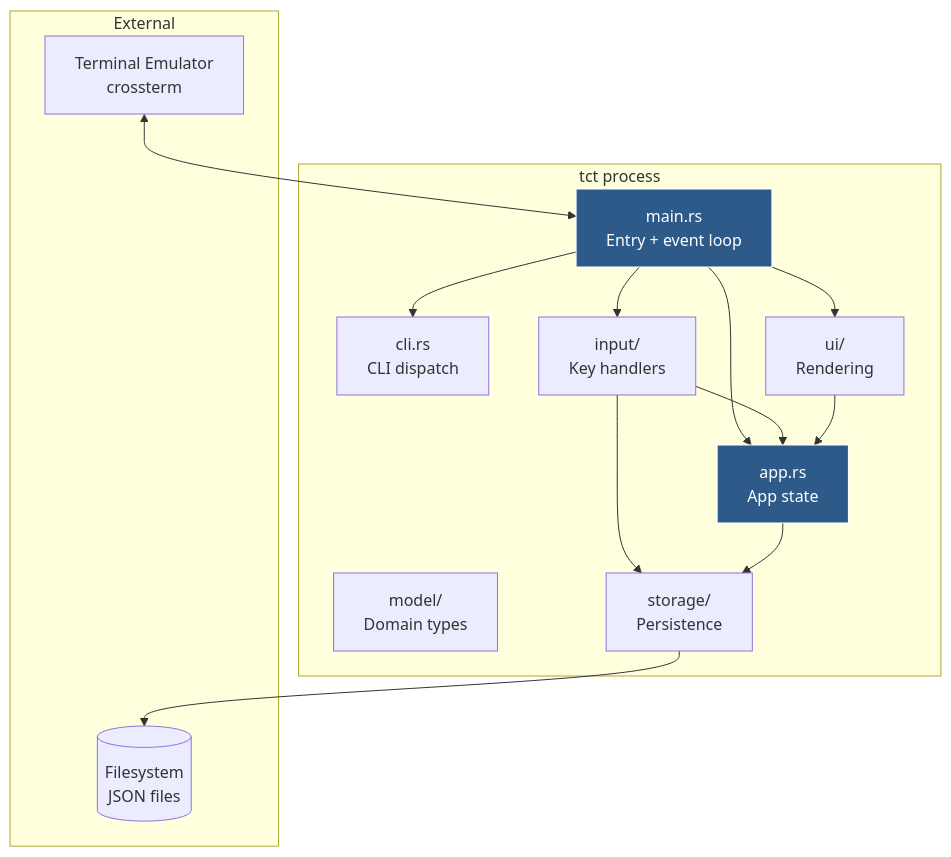
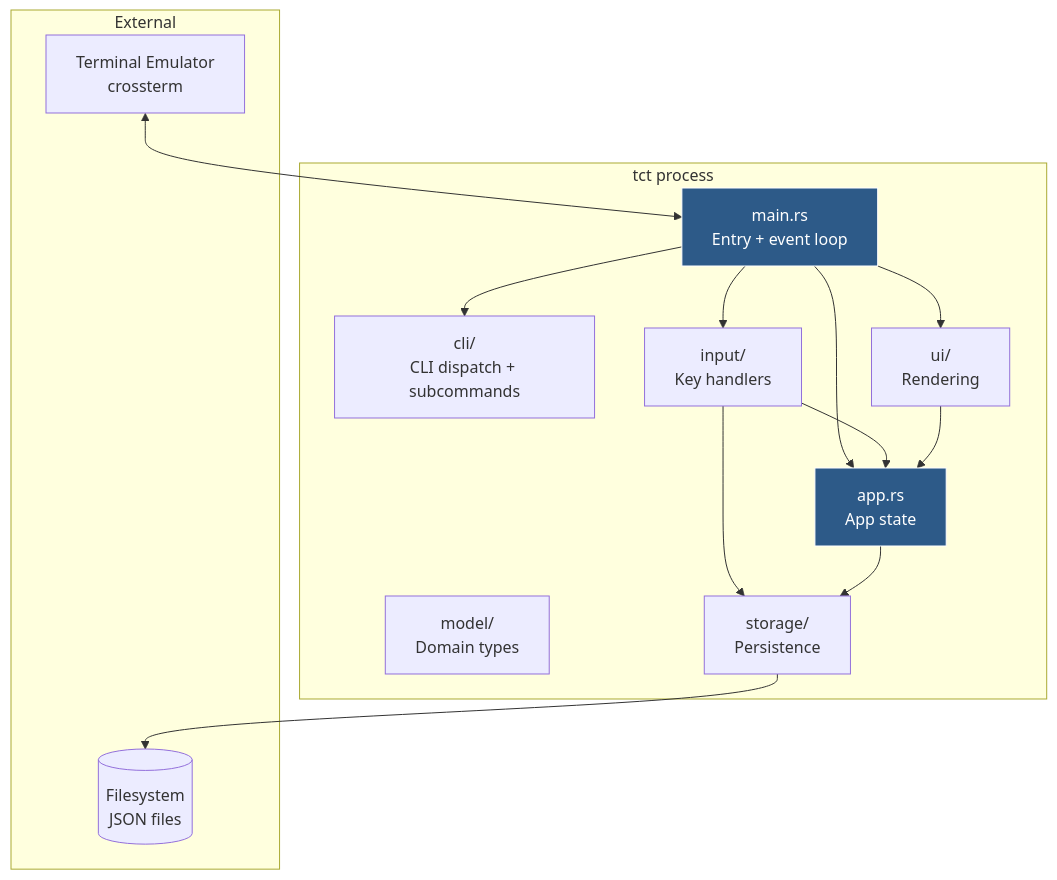
One commit to waschmittel/tct changed the second of 11 diagrams in docs/arc42.md. Above: the diagram before and after it, drawn with Mermaid. The commit also changed other lines of this file and 30 other files, not shown here.

````diff
--- a/docs/arc42.md
+++ b/docs/arc42.md
@@ -109,31 +109,31 @@
 ```mermaid
 graph TD
     subgraph "tct process"
         MAIN[main.rs<br>Entry + event loop]
-        CLI[cli.rs<br>CLI dispatch]
+        CLI[cli/<br>CLI dispatch + subcommands]
         APP[app.rs<br>App state]
         INPUT[input/<br>Key handlers]
         UI[ui/<br>Rendering]
         MODEL[model/<br>Domain types]
         STORAGE[storage/<br>Persistence]
     end
 
     subgraph "External"
         TERM[Terminal Emulator<br>crossterm]
         FS[(Filesystem<br>JSON files)]
     end
 
     MAIN --> CLI
     MAIN --> APP
     MAIN --> INPUT
     MAIN --> UI
     INPUT --> APP
     INPUT --> STORAGE
     UI --> APP
     APP --> STORAGE
     STORAGE --> FS
     TERM <--> MAIN
 
     style MAIN fill:#2d5a88,stroke:#fff,color:#fff
     style APP fill:#2d5a88,stroke:#fff,color:#fff
 ```
````
